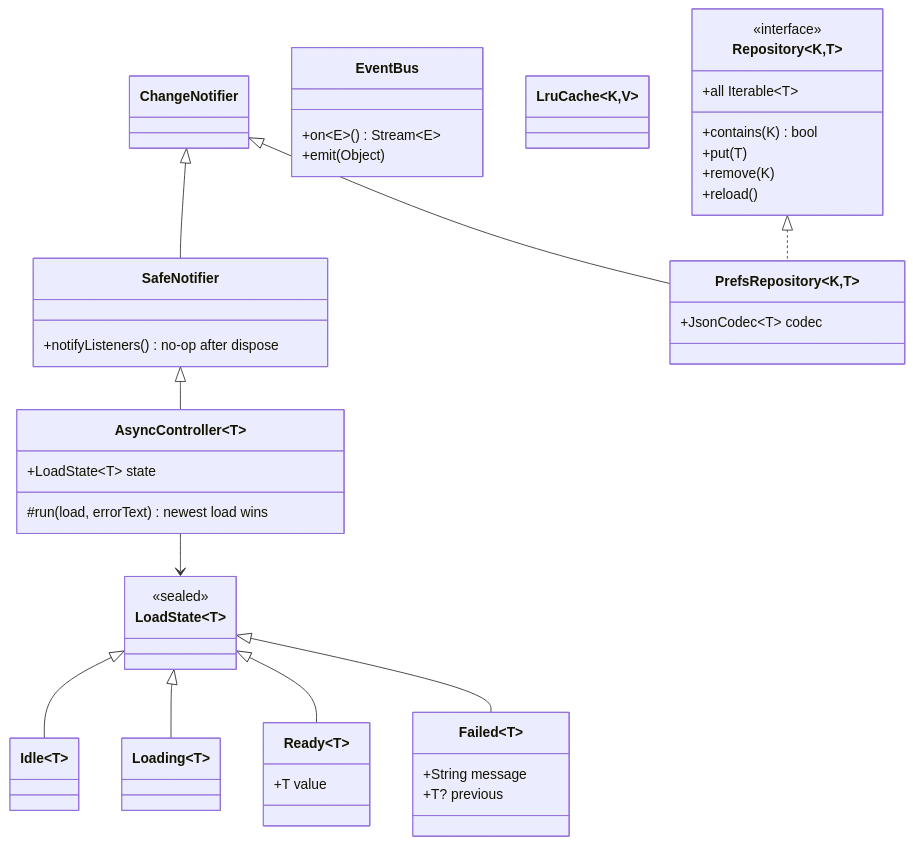
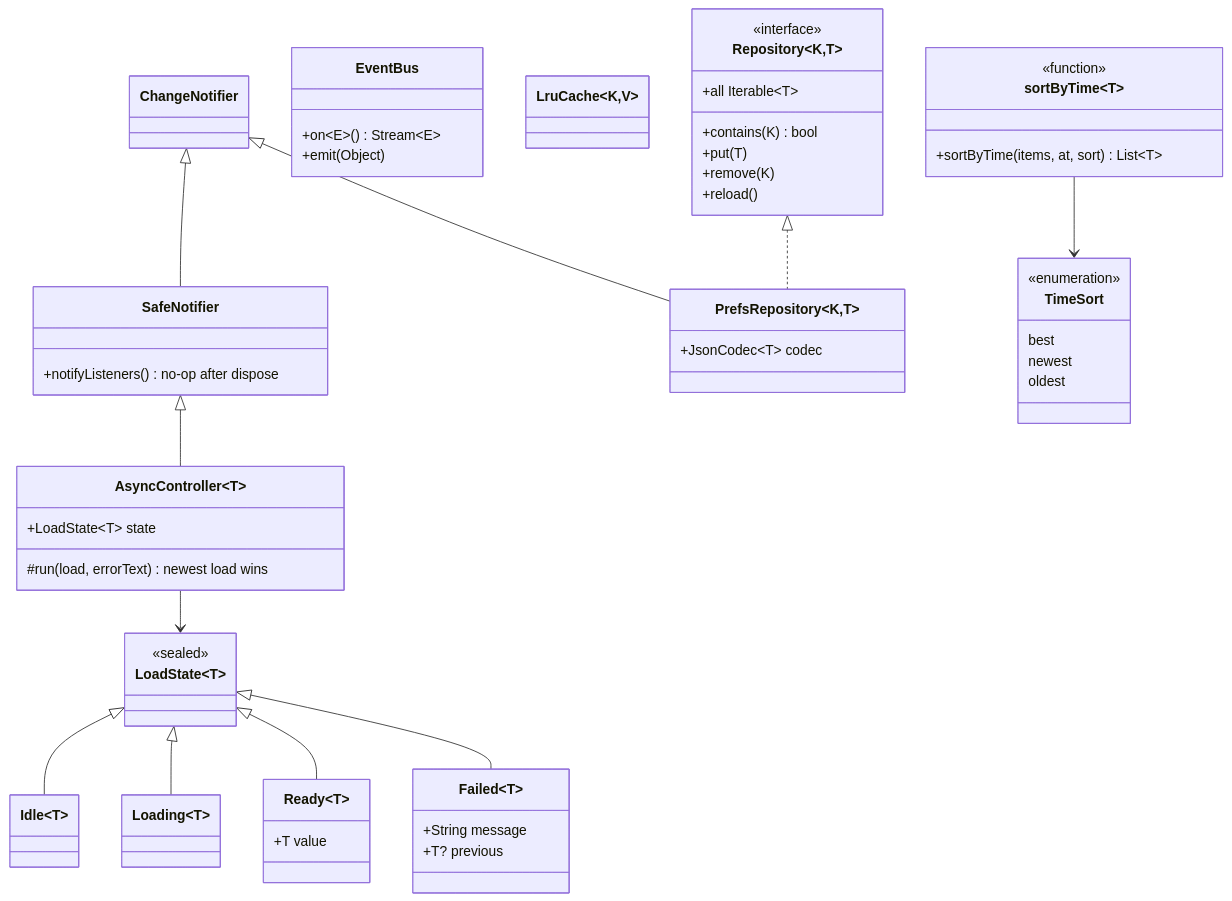
The second of 8 diagrams in README.md (raghavpatpatia/Buddy), drawn with Mermaid before and after one commit. The commit also changed other lines of this file and 29 other files, not shown here.

````diff
--- a/README.md
+++ b/README.md
@@ -68,47 +68,58 @@
 ```mermaid
 classDiagram
   class SafeNotifier {
     +notifyListeners() no-op after dispose
   }
   class AsyncController~T~ {
     +LoadState~T~ state
     #run(load, errorText) newest load wins
   }
   class LoadState~T~ {
     <<sealed>>
   }
   class Idle~T~
   class Loading~T~
   class Ready~T~ {
     +T value
   }
   class Failed~T~ {
     +String message
     +T? previous
   }
   class Repository~K,T~ {
     <<interface>>
     +all Iterable~T~
     +contains(K) bool
     +put(T)
     +remove(K)
     +reload()
   }
   class PrefsRepository~K,T~ {
     +JsonCodec~T~ codec
   }
   class EventBus {
     +on~E~() Stream~E~
     +emit(Object)
   }
   class LruCache~K,V~
+  class TimeSort {
+    <<enumeration>>
+    best
+    newest
+    oldest
+  }
+  class sortByTime~T~ {
+    <<function>>
+    +sortByTime(items, at, sort) List~T~
+  }
+  sortByTime --> TimeSort
   ChangeNotifier <|-- SafeNotifier
   SafeNotifier <|-- AsyncController
   AsyncController --> LoadState
   LoadState <|-- Idle
   LoadState <|-- Loading
   LoadState <|-- Ready
   LoadState <|-- Failed
   Repository <|.. PrefsRepository
   ChangeNotifier <|-- PrefsRepository
 ```
````
